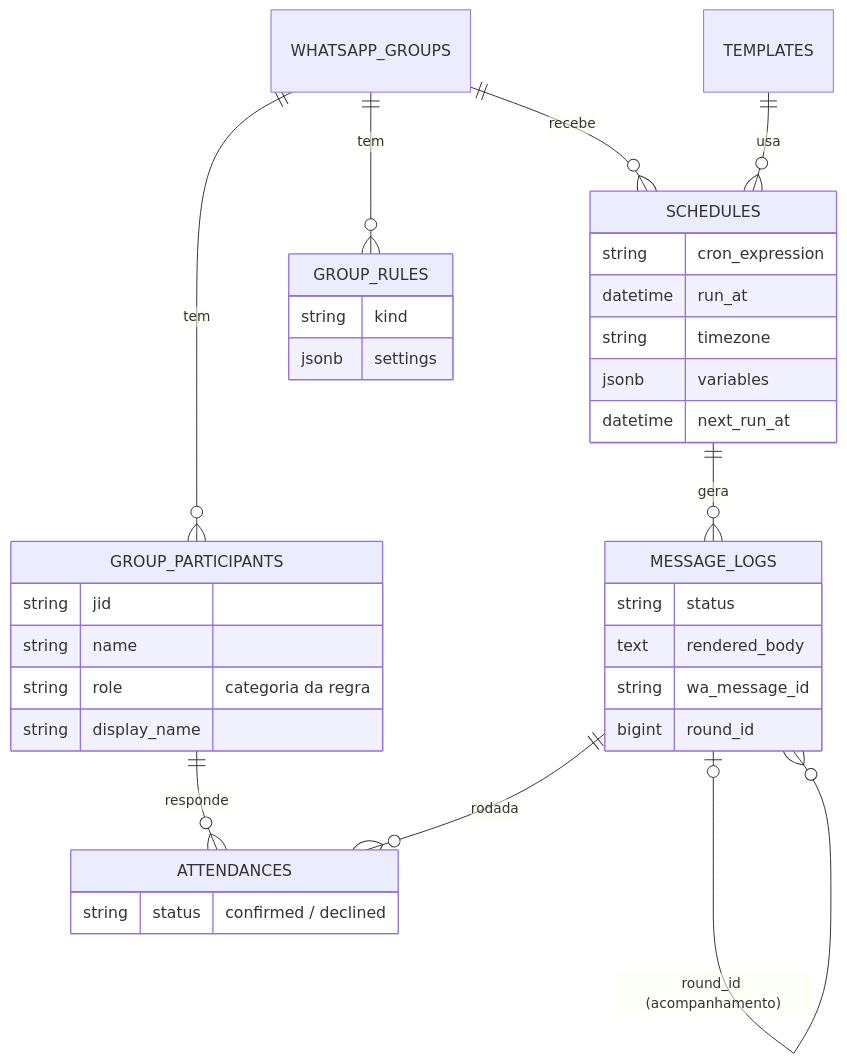
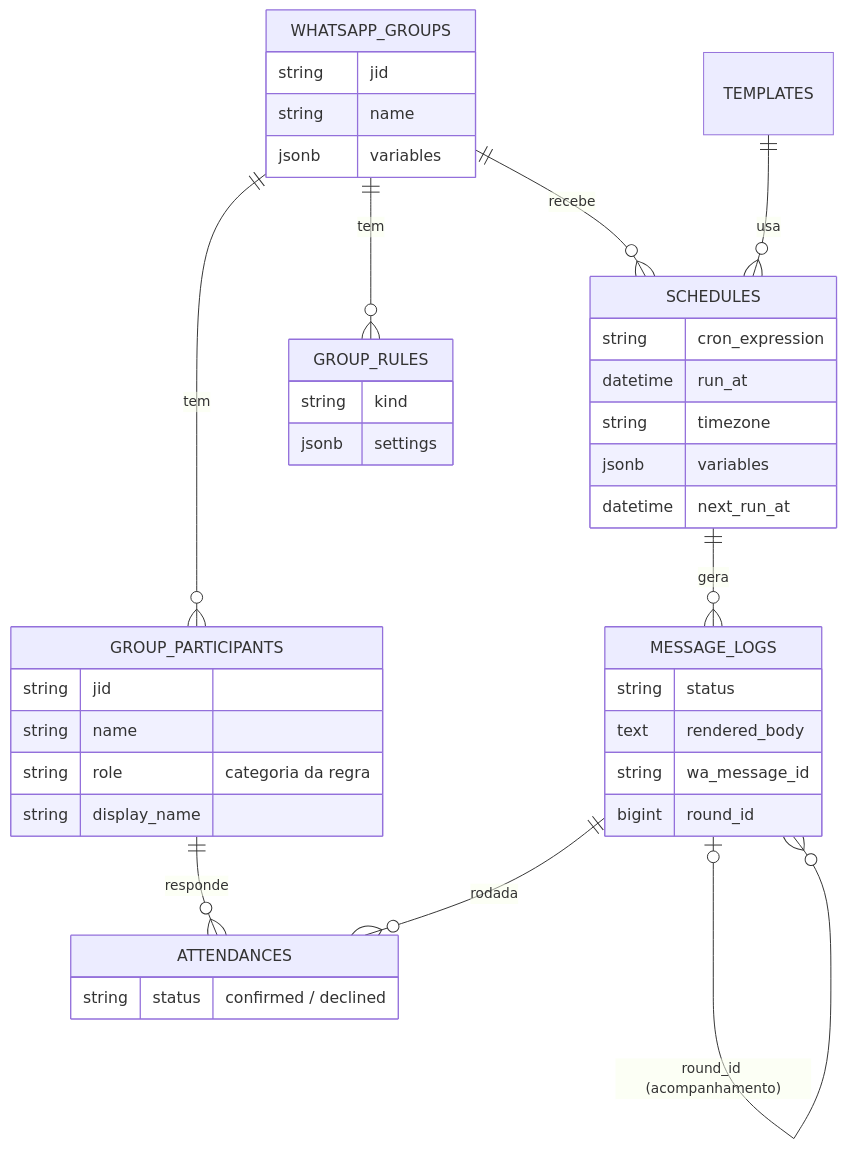
One commit to caiovitorsantos/cynthia changed the fourth of 4 diagrams in README.md. Above: the diagram before and after it, drawn with Mermaid. The commit also changed other lines of this file and 15 other files, not shown here.

````diff
--- a/README.md
+++ b/README.md
@@ -177,17 +179,18 @@
 ```mermaid
 erDiagram
     WHATSAPP_GROUPS ||--o{ GROUP_PARTICIPANTS : tem
     WHATSAPP_GROUPS ||--o{ GROUP_RULES : tem
     WHATSAPP_GROUPS ||--o{ SCHEDULES : recebe
     TEMPLATES ||--o{ SCHEDULES : usa
     SCHEDULES ||--o{ MESSAGE_LOGS : gera
     MESSAGE_LOGS ||--o{ ATTENDANCES : "rodada"
     MESSAGE_LOGS |o--o{ MESSAGE_LOGS : "round_id (acompanhamento)"
     GROUP_PARTICIPANTS ||--o{ ATTENDANCES : responde
 
+    WHATSAPP_GROUPS { string jid string name jsonb variables }
     GROUP_PARTICIPANTS { string jid string name string role "categoria da regra" string display_name }
     GROUP_RULES { string kind jsonb settings }
     SCHEDULES { string cron_expression datetime run_at string timezone jsonb variables datetime next_run_at }
     MESSAGE_LOGS { string status text rendered_body string wa_message_id bigint round_id }
     ATTENDANCES { string status "confirmed / declined" }
 ```
````
